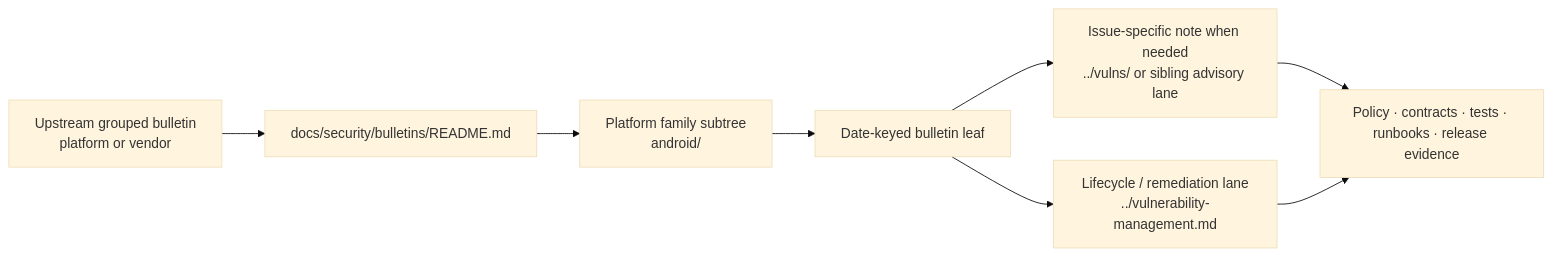
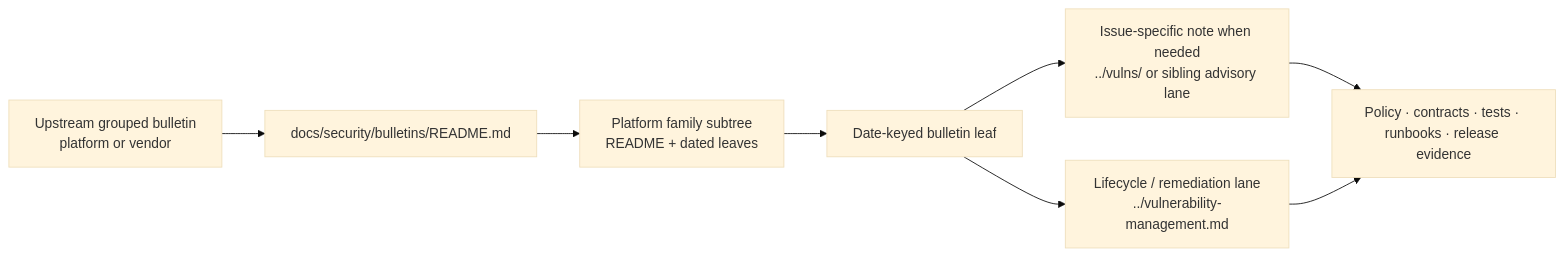
One commit to bartytime4life/Kansas-Frontier-Matrix changed the diagram in docs/security/bulletins/README.md. Above: the diagram before and after it, drawn with Mermaid (base theme). The commit also changed other lines of this file, not shown here.

````diff
--- a/docs/security/bulletins/README.md
+++ b/docs/security/bulletins/README.md
@@ -218,10 +226,10 @@
 ```mermaid
 flowchart LR
     A[Upstream grouped bulletin<br/>platform or vendor] --> B[docs/security/bulletins/README.md]
-    B --> C[Platform family subtree<br/>android/]
+    B --> C[Platform family subtree<br/>README + dated leaves]
     C --> D[Date-keyed bulletin leaf]
     D --> E[Issue-specific note when needed<br/>../vulns/ or sibling advisory lane]
     D --> F[Lifecycle / remediation lane<br/>../vulnerability-management.md]
     E --> G[Policy · contracts · tests · runbooks · release evidence]
     F --> G
 ```
````
